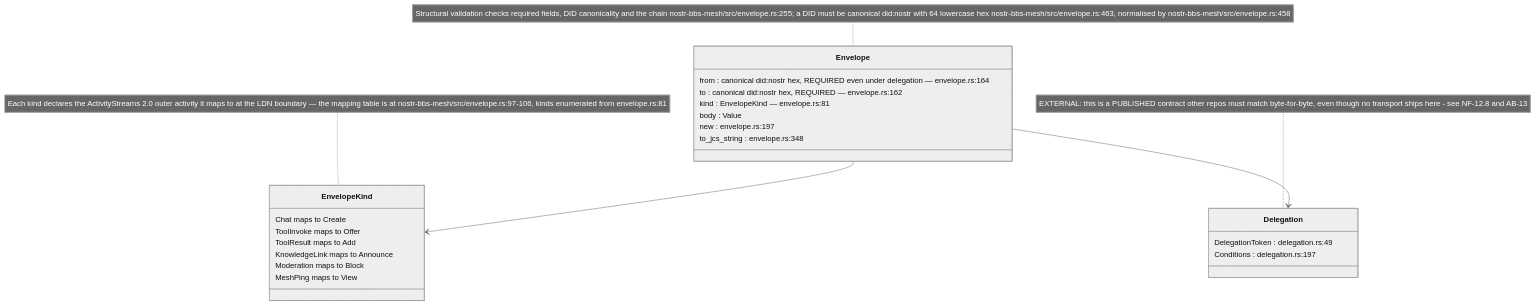
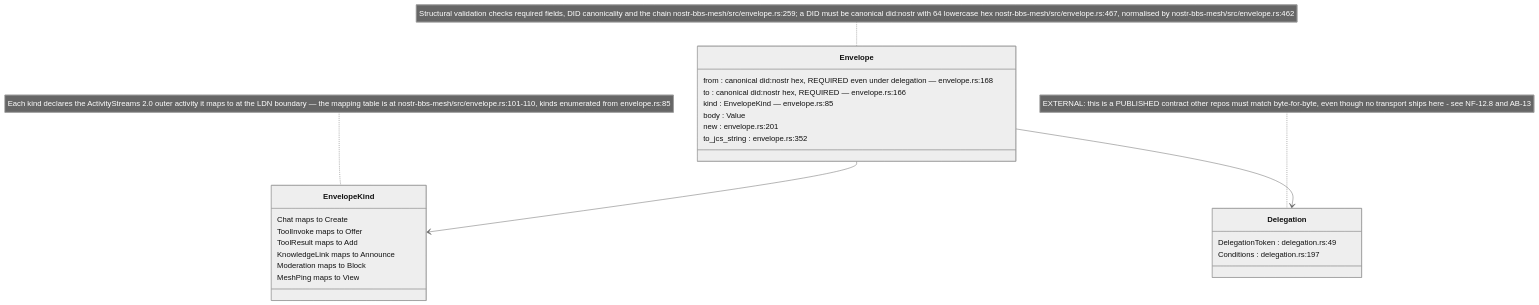
The seventh of 10 diagrams in docs/diagrams/nostr-rust-forum/12-core-wire-crypto-and-federation-envelope.md (DreamLab-AI/VisionFlow), drawn with Mermaid (neutral theme) before and after one commit. The commit also changed other lines of this file, not shown here.

First line of the commit message:
docs(diagrams): NF-12 re-verified at nostr-rust-forum af4f0d5

````diff
--- a/docs/diagrams/nostr-rust-forum/12-core-wire-crypto-and-federation-envelope.md
+++ b/docs/diagrams/nostr-rust-forum/12-core-wire-crypto-and-federation-envelope.md
@@ -263,29 +270,29 @@
 ```mermaid
 classDiagram
     class Envelope {
-        from : canonical did:nostr hex, REQUIRED even under delegation — envelope.rs:164
-        to : canonical did:nostr hex, REQUIRED — envelope.rs:162
-        kind : EnvelopeKind — envelope.rs:81
+        from : canonical did:nostr hex, REQUIRED even under delegation — envelope.rs:168
+        to : canonical did:nostr hex, REQUIRED — envelope.rs:166
+        kind : EnvelopeKind — envelope.rs:85
         body : Value
-        new : envelope.rs:197
-        to_jcs_string : envelope.rs:348
+        new : envelope.rs:201
+        to_jcs_string : envelope.rs:352
     }
     class EnvelopeKind {
         Chat maps to Create
         ToolInvoke maps to Offer
         ToolResult maps to Add
         KnowledgeLink maps to Announce
         Moderation maps to Block
         MeshPing maps to View
     }
     class Delegation {
         DelegationToken : delegation.rs:49
         Conditions : delegation.rs:197
     }
     Envelope --> EnvelopeKind
     Envelope --> Delegation
 
-    note for EnvelopeKind "Each kind declares the ActivityStreams 2.0 outer activity it maps to at the LDN boundary — the mapping table is at nostr-bbs-mesh/src/envelope.rs:97-106, kinds enumerated from envelope.rs:81"
-    note for Envelope "Structural validation checks required fields, DID canonicality and the chain nostr-bbs-mesh/src/envelope.rs:255; a DID must be canonical did:nostr with 64 lowercase hex nostr-bbs-mesh/src/envelope.rs:463, normalised by nostr-bbs-mesh/src/envelope.rs:458"
+    note for EnvelopeKind "Each kind declares the ActivityStreams 2.0 outer activity it maps to at the LDN boundary — the mapping table is at nostr-bbs-mesh/src/envelope.rs:101-110, kinds enumerated from envelope.rs:85"
+    note for Envelope "Structural validation checks required fields, DID canonicality and the chain nostr-bbs-mesh/src/envelope.rs:259; a DID must be canonical did:nostr with 64 lowercase hex nostr-bbs-mesh/src/envelope.rs:467, normalised by nostr-bbs-mesh/src/envelope.rs:462"
     note for Delegation "EXTERNAL: this is a PUBLISHED contract other repos must match byte-for-byte, even though no transport ships here - see NF-12.8 and AB-13"
 ```
````
